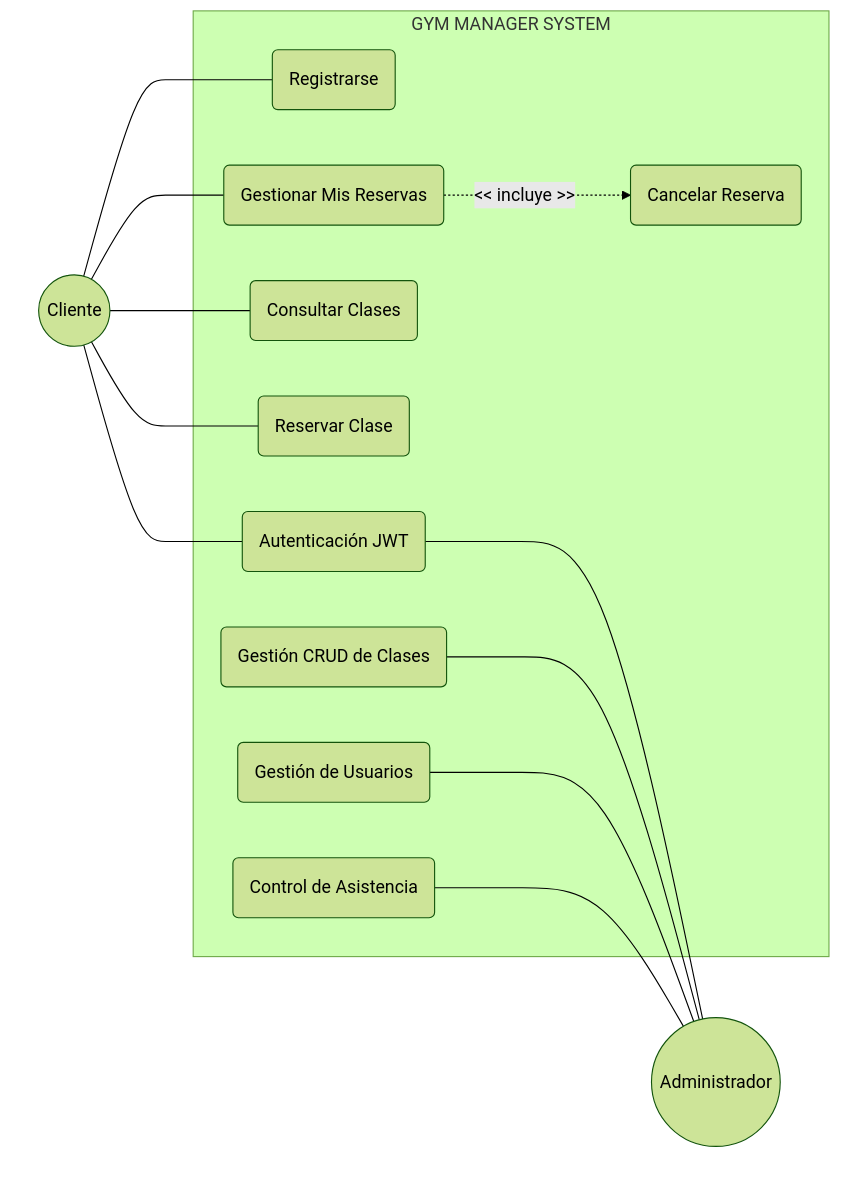
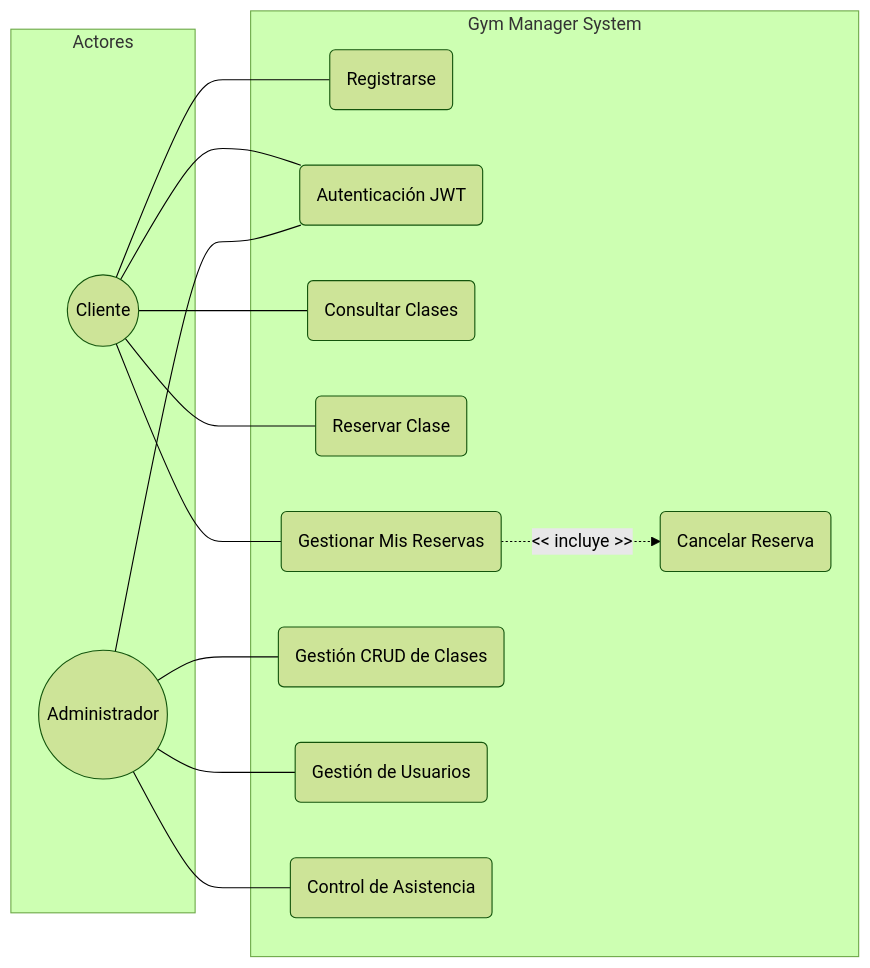
One commit to rafaAuEs/orto_p_f_para_orto changed the diagram in README.md. Above: the diagram before and after it, drawn with Mermaid (forest theme).

Commit message:
Diagrama volvemos a la version estandar

````diff
--- a/README.md
+++ b/README.md
@@ -20,37 +20,35 @@
 ```mermaid
 graph LR
-    subgraph Col_Izquierda [ ]
-        style Col_Izquierda fill:none,stroke:none
+    subgraph "Actores"
         C((Cliente))
     end
 
-    subgraph GYM_MANAGER_SYSTEM [GYM MANAGER SYSTEM]
+    subgraph "Gym Manager System"
         UC1(Registrarse)
         UC2(Autenticación JWT)
         UC3(Consultar Clases)
         UC4(Reservar Clase)
         UC5(Gestionar Mis Reservas)
         UC6(Cancelar Reserva)
         
         UC7(Gestión CRUD de Clases)
         UC8(Gestión de Usuarios)
         UC9(Control de Asistencia)
     end
 
-    subgraph Col_Derecha [ ]
-        style Col_Derecha fill:none,stroke:none
-        A((Administrador))
-    end
-
     C --- UC1
     C --- UC2
     C --- UC3
     C --- UC4
     C --- UC5
     UC5 -. << incluye >> .-> UC6
     
-    UC2 --- A
-    UC7 --- A
-    UC8 --- A
-    UC9 --- A
+    A --- UC2
+    A --- UC7
+    A --- UC8
+    A --- UC9
+
+    subgraph "Actores"
+       A((Administrador))  
+    end
 ```
````
